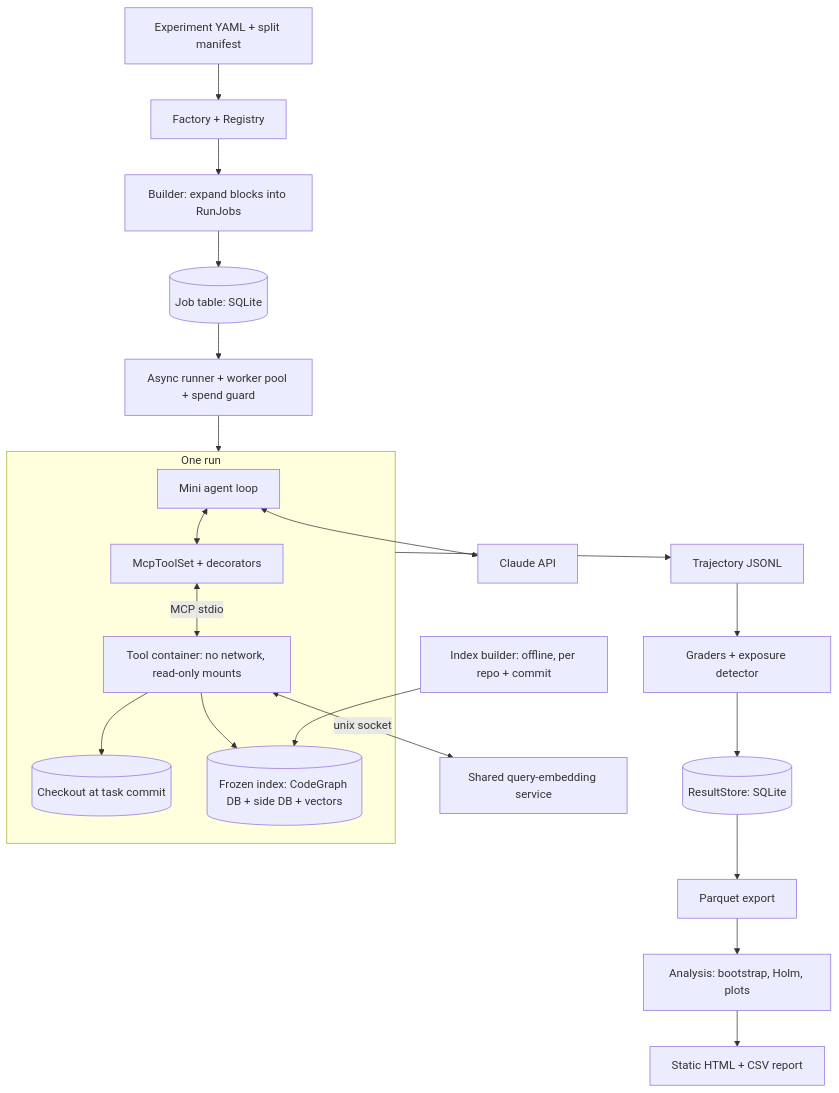
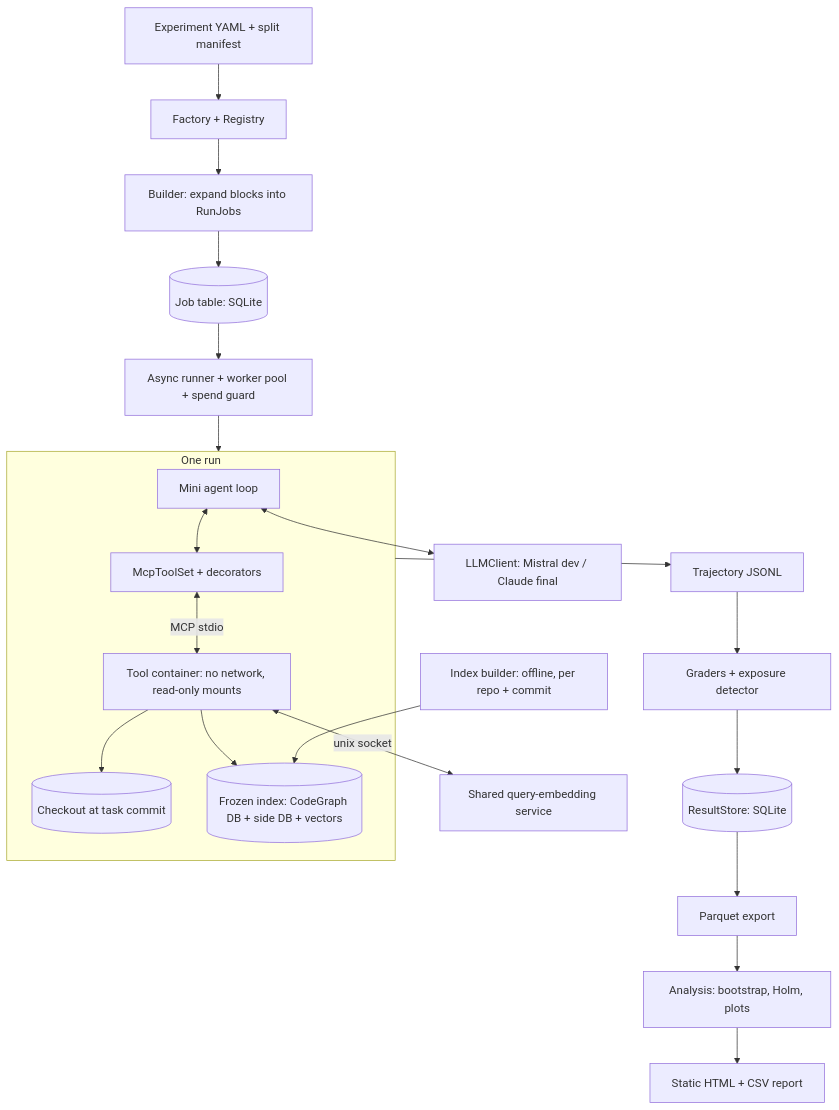
One commit to Deepak589/Contour changed the first of 2 diagrams in EVAL_HARNESS_DESIGN.md. Above: the diagram before and after it, drawn with Mermaid. The commit also changed other lines of this file and 10 other files, not shown here.

First line of the commit message:
Add provider-neutral LLMClient with Mistral dev backend (D19-D21)

````diff
--- a/EVAL_HARNESS_DESIGN.md
+++ b/EVAL_HARNESS_DESIGN.md
@@ -194,26 +197,26 @@
 ```mermaid
 flowchart TB
     CFG[Experiment YAML + split manifest] --> FAC[Factory + Registry]
     FAC --> BLD[Builder: expand blocks into RunJobs]
     BLD --> JOBS[(Job table: SQLite)]
     JOBS --> RUN[Async runner + worker pool + spend guard]
 
     subgraph RunScope[One run]
         AGT[Mini agent loop] <--> TOOLS[McpToolSet + decorators]
         TOOLS <-->|MCP stdio| C[Tool container: no network, read-only mounts]
         C --> WT[(Checkout at task commit)]
         C --> IDX[(Frozen index: CodeGraph DB + side DB + vectors)]
     end
 
     RUN --> RunScope
-    AGT <--> API[Claude API]
+    AGT <--> API[LLMClient: Mistral dev / Claude final]
     C <-->|unix socket| EMB[Shared query-embedding service]
     RunScope --> TRJ[Trajectory JSONL]
     TRJ --> GRD[Graders + exposure detector]
     GRD --> RES[(ResultStore: SQLite)]
     RES --> PQ[Parquet export]
     PQ --> ANA[Analysis: bootstrap, Holm, plots]
     ANA --> REP[Static HTML + CSV report]
 
     BUILD[Index builder: offline, per repo + commit] --> IDX
 ```
````
